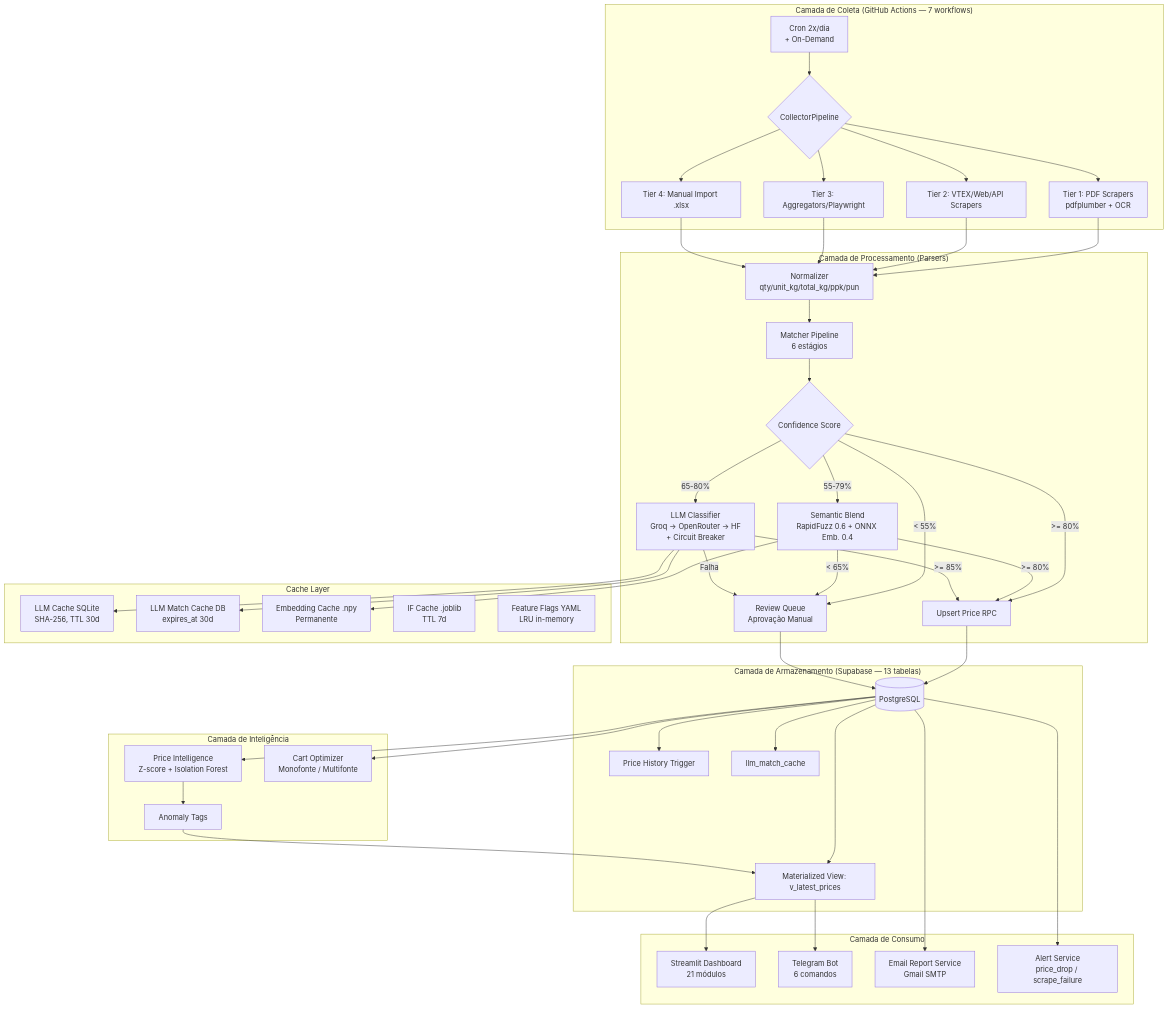
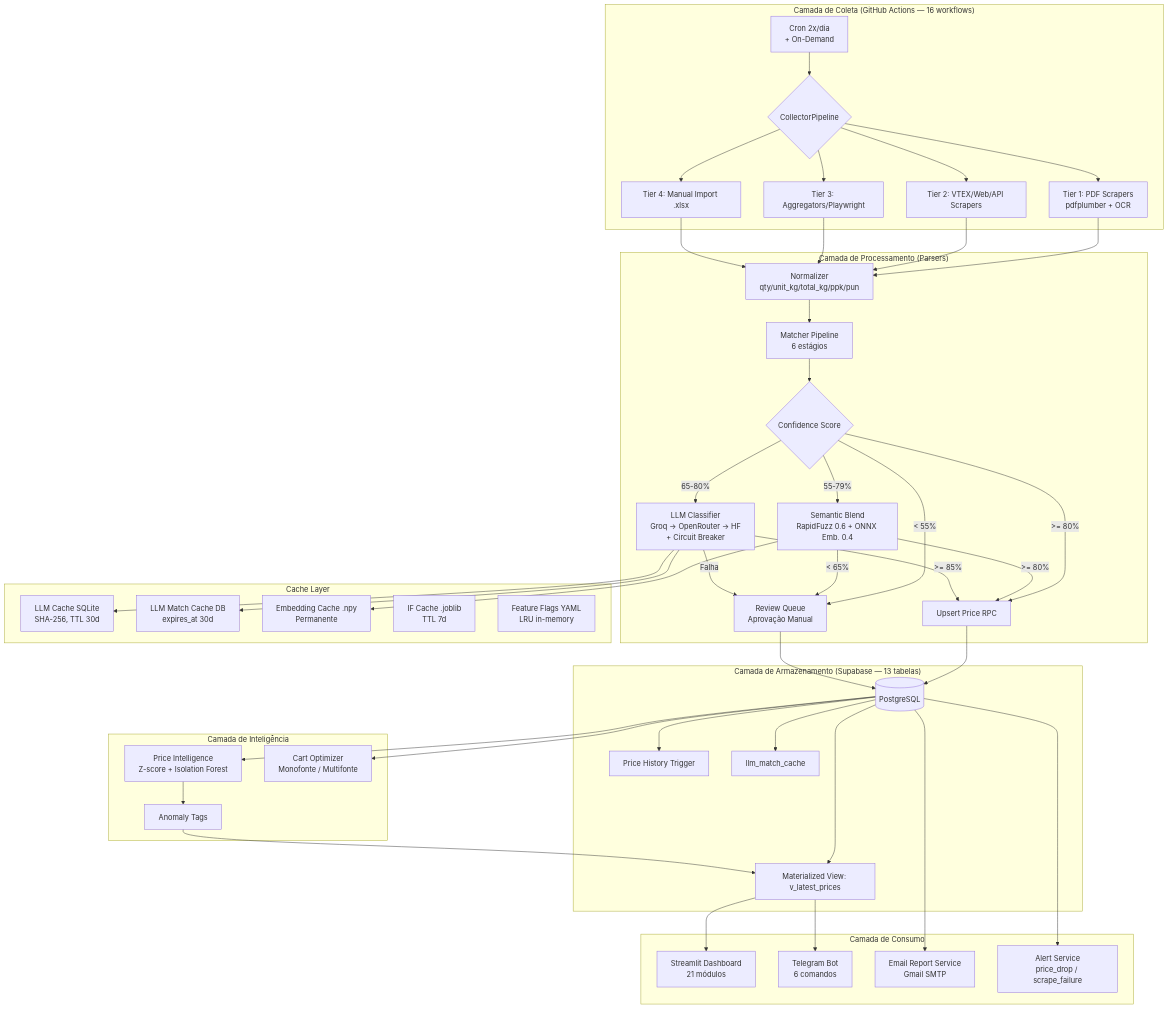
The first of 2 diagrams in docs/architecture.md (ZeroBond85/CustoDoce), drawn with Mermaid before and after one commit. The commit also changed 20 other files, not shown here.

Commit message:
feat(docs): F1+F2 curadoria consolidada — métricas, layers, skills, workflows, lessons, schema, docs

````diff
--- a/docs/architecture.md
+++ b/docs/architecture.md
@@ -10,57 +10,57 @@
 ```mermaid
 graph TD
-    subgraph "Camada de Coleta (GitHub Actions — 7 workflows)"
+    subgraph "Camada de Coleta (GitHub Actions — 16 workflows)"
         A[Cron 2x/dia<br/>+ On-Demand] --> B{CollectorPipeline}
         B --> C[Tier 1: PDF Scrapers<br/>pdfplumber + OCR]
         B --> D[Tier 2: VTEX/Web/API Scrapers]
         B --> E[Tier 3: Aggregators/Playwright]
         B --> F[Tier 4: Manual Import .xlsx]
     end
 
     subgraph "Camada de Processamento (Parsers)"
         C & D & E & F --> G[Normalizer<br/>qty/unit_kg/total_kg/ppk/pun]
         G --> H[Matcher Pipeline<br/>6 estágios]
         H --> I{Confidence Score}
         I -- ">= 80%" --> J[Upsert Price RPC]
         I -- "55-79%" --> K[Semantic Blend<br/>RapidFuzz 0.6 + ONNX Emb. 0.4]
         I -- "65-80%" --> L[LLM Classifier<br/>Groq → OpenRouter → HF<br/>+ Circuit Breaker]
         I -- "< 55%" --> M[Review Queue<br/>Aprovação Manual]
         K -- ">= 80%" --> J
         K -- "< 65%" --> M
         L -- ">= 85%" --> J
         L -- "Falha" --> M
     end
 
     subgraph "Cache Layer"
         N1[LLM Cache SQLite<br/>SHA-256, TTL 30d]
         N2[LLM Match Cache DB<br/>expires_at 30d]
         N3[Embedding Cache .npy<br/>Permanente]
         N4[IF Cache .joblib<br/>TTL 7d]
         N5[Feature Flags YAML<br/>LRU in-memory]
         L --> N1
         L --> N2
         K --> N3
     end
 
     subgraph "Camada de Armazenamento (Supabase — 13 tabelas)"
         J --> O[(PostgreSQL)]
         M --> O
         O --> P[Materialized View: v_latest_prices]
         O --> Q[Price History Trigger]
         O --> R[llm_match_cache]
     end
 
     subgraph "Camada de Inteligência"
         O --> S[Price Intelligence<br/>Z-score + Isolation Forest]
         S --> T[Anomaly Tags]
         O --> U[Cart Optimizer<br/>Monofonte / Multifonte]
         T --> P
     end
 
     subgraph "Camada de Consumo"
         P --> V[Streamlit Dashboard<br/>21 módulos]
         P --> W[Telegram Bot<br/>6 comandos]
         O --> X[Email Report Service<br/>Gmail SMTP]
         O --> Y[Alert Service<br/>price_drop / scrape_failure]
     end
 ```
````
